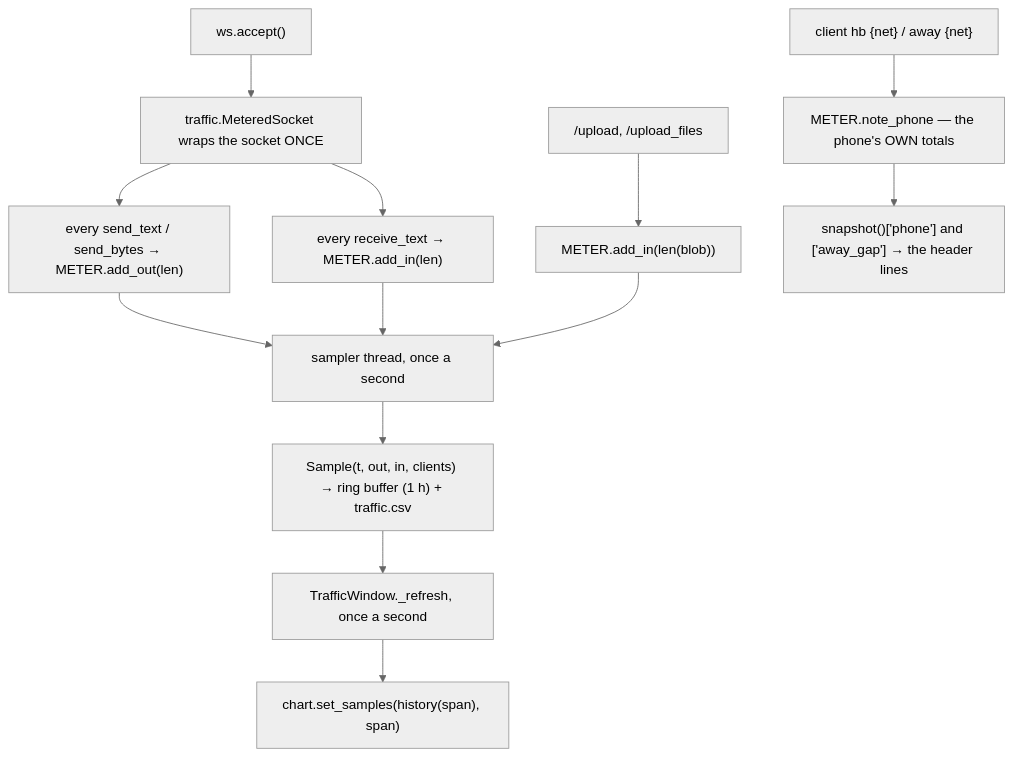
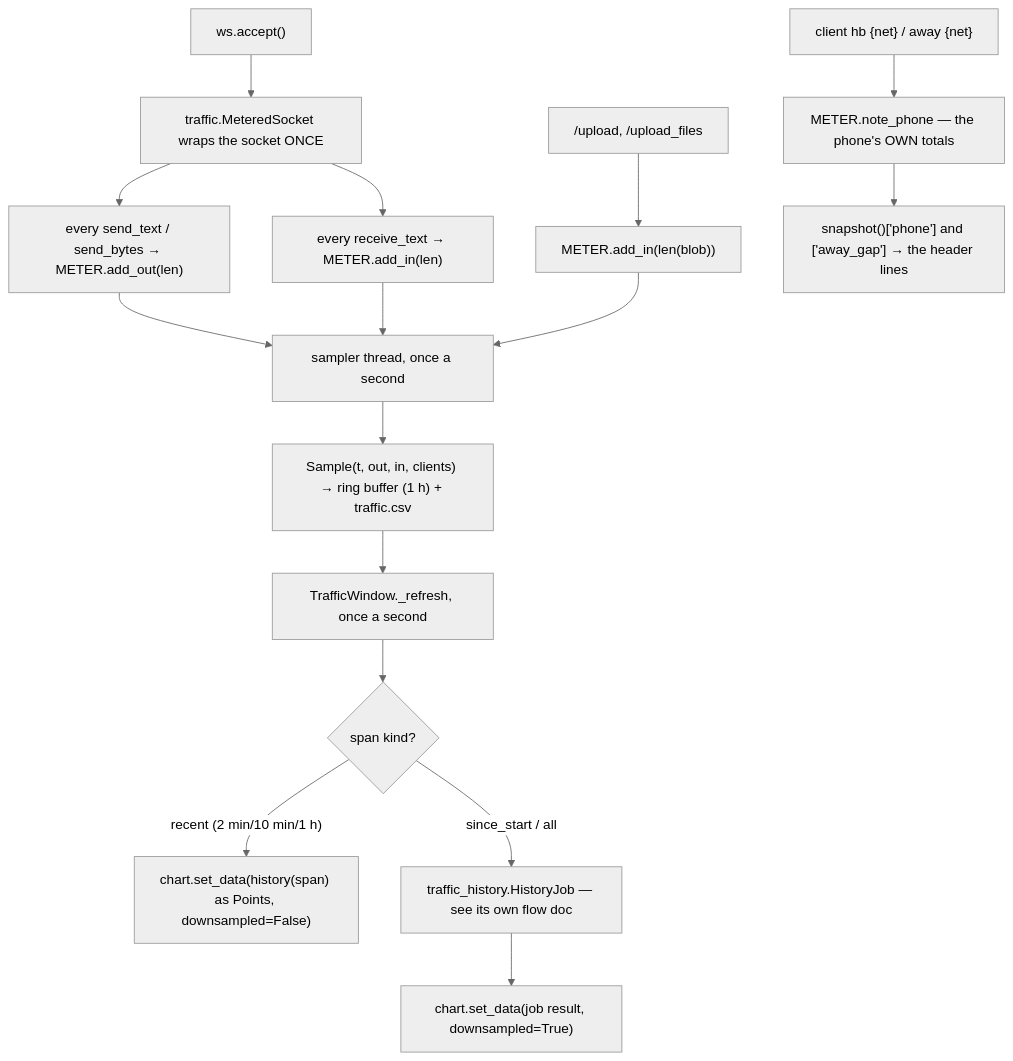
Before and after one commit to UVuruna/Remote-User: the first of 3 diagrams in server/gui/__flow/traffic_window.md, drawn with Mermaid (neutral theme). The commit also changed other lines of this file and 7 other files, not shown here.

````diff
--- a/server/gui/__flow/traffic_window.md
+++ b/server/gui/__flow/traffic_window.md
@@ -7,15 +7,18 @@
 ```mermaid
 flowchart TB
     A["ws.accept()"] --> B["traffic.MeteredSocket wraps the socket ONCE"]
     B --> C["every send_text / send_bytes → METER.add_out(len)"]
     B --> D["every receive_text → METER.add_in(len)"]
     E["/upload, /upload_files"] --> F["METER.add_in(len(blob))"]
     G["client hb {net} / away {net}"] --> H["METER.note_phone — the phone's OWN totals"]
     C --> I["sampler thread, once a second"]
     D --> I
     F --> I
     I --> J["Sample(t, out, in, clients) → ring buffer (1 h) + traffic.csv"]
     J --> K["TrafficWindow._refresh, once a second"]
-    K --> L["chart.set_samples(history(span), span)"]
-    H --> M["snapshot()['phone'] and ['away_gap'] → the header lines"]
+    K --> L{"span kind?"}
+    L -- "recent (2 min/10 min/1 h)" --> M["chart.set_data(history(span) as Points, downsampled=False)"]
+    L -- "since_start / all" --> N["traffic_history.HistoryJob — see its own flow doc"]
+    N --> O["chart.set_data(job result, downsampled=True)"]
+    H --> P["snapshot()['phone'] and ['away_gap'] → the header lines"]
 ```
````
